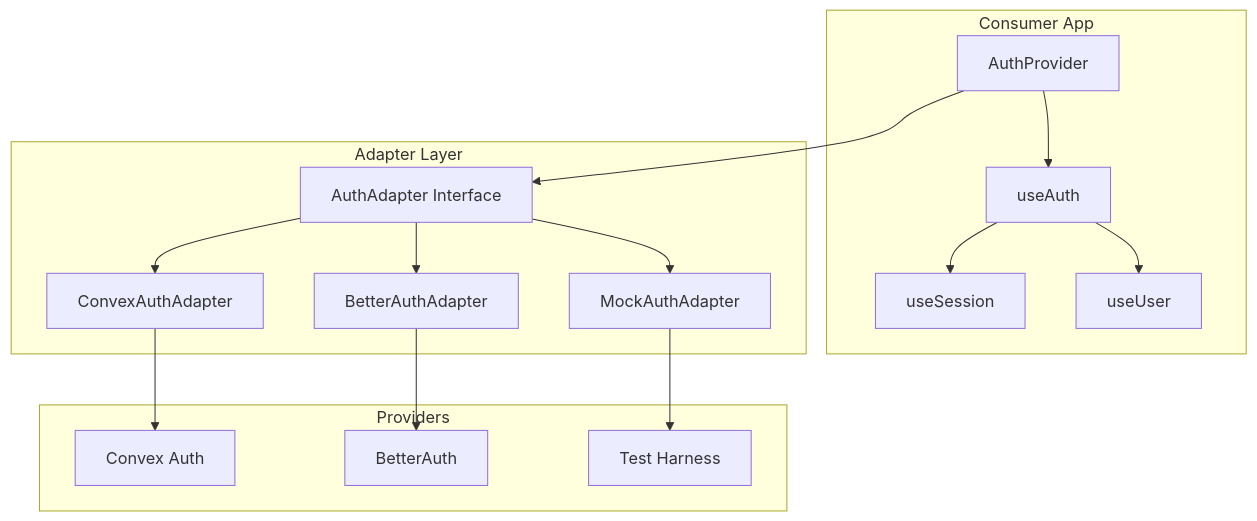
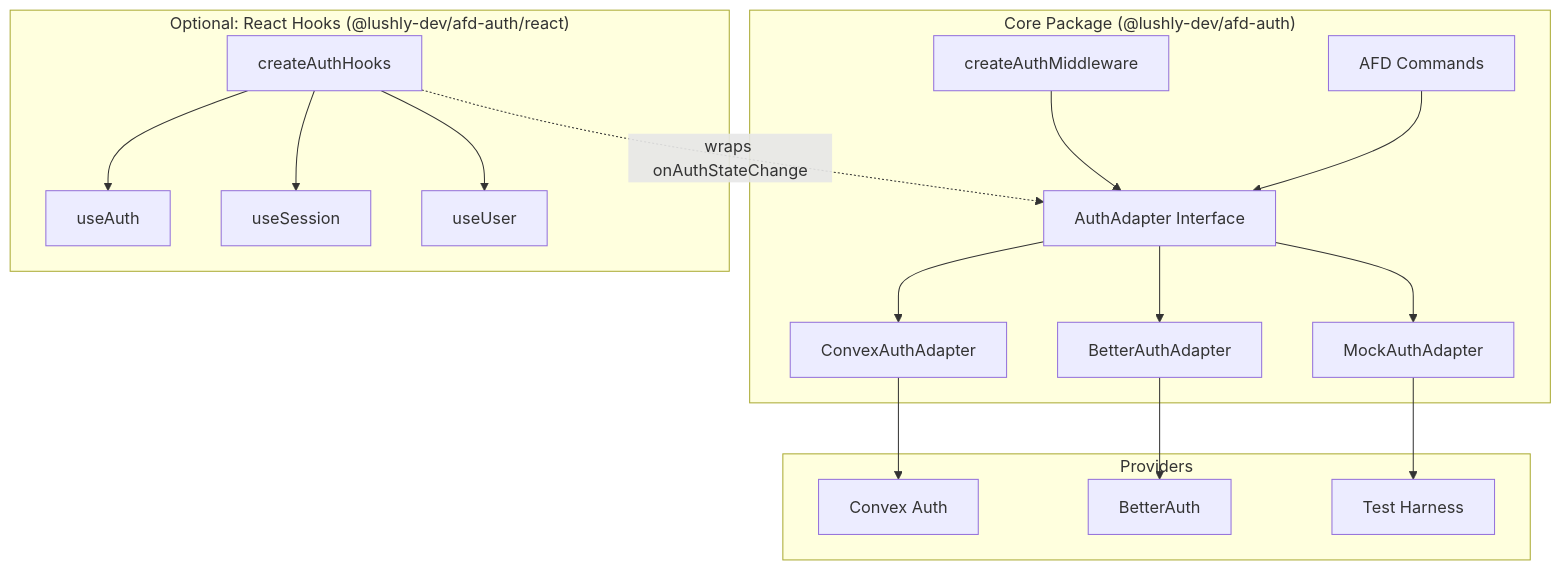
Before and after one commit to lushly-dev/afd: the first of 2 diagrams in docs/features/active/auth-adapter/auth-adapter.spec.md, drawn with Mermaid. The commit also changed other lines of this file, not shown here.

First line of the commit message:
feat(auth): update auth-adapter spec to v2.4

````diff
--- a/docs/features/active/auth-adapter/auth-adapter.spec.md
+++ b/docs/features/active/auth-adapter/auth-adapter.spec.md
@@ -22,30 +22,35 @@
 ```mermaid
 graph TD
-    subgraph "Consumer App"
-        A[AuthProvider] --> B[useAuth]
-        B --> C[useSession]
-        B --> D[useUser]
-    end
-    
-    subgraph "Adapter Layer"
+    subgraph "Core Package (@lushly-dev/afd-auth)"
         E[AuthAdapter Interface]
+        M[createAuthMiddleware]
+        CMD[AFD Commands]
         F[ConvexAuthAdapter]
         G[BetterAuthAdapter]
         H[MockAuthAdapter]
     end
-    
-    A --> E
+
+    subgraph "Optional: React Hooks (@lushly-dev/afd-auth/react)"
+        R[createAuthHooks]
+        R --> C[useAuth]
+        R --> D[useSession]
+        R --> U[useUser]
+    end
+
+    R -.->|wraps onAuthStateChange| E
+    M --> E
+    CMD --> E
     E --> F
     E --> G
     E --> H
-    
+
     subgraph "Providers"
         I[Convex Auth]
         J[BetterAuth]
         K[Test Harness]
     end
-    
+
     F --> I
     G --> J
     H --> K
 ```
````
